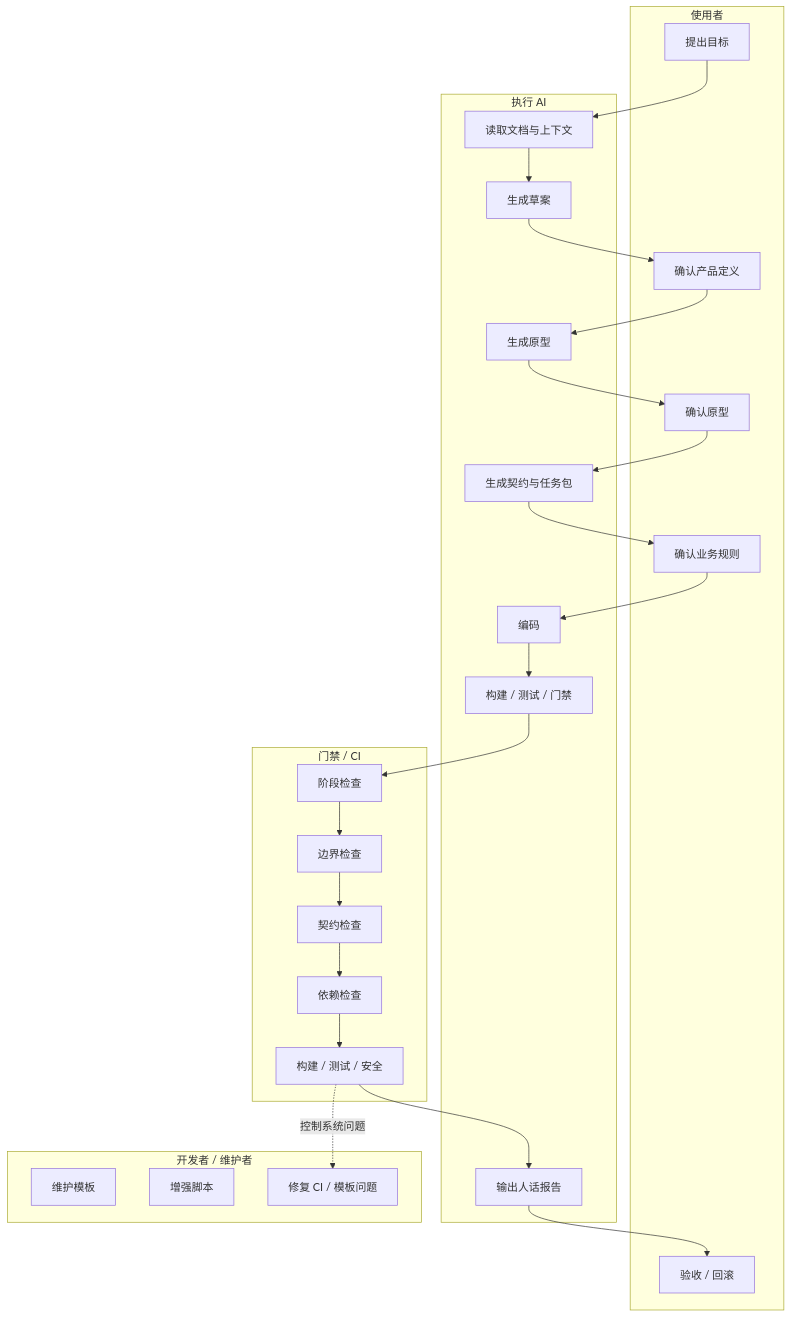
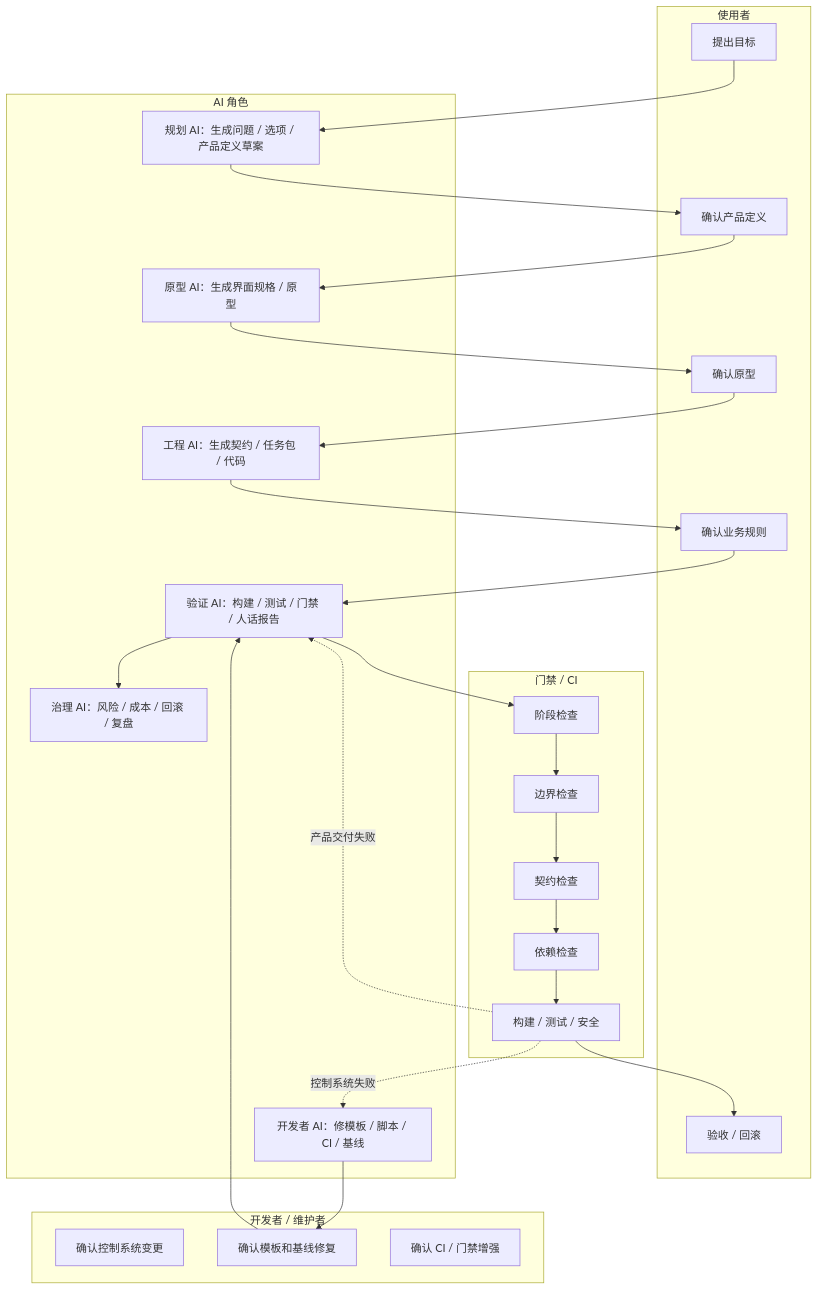
The second of 4 diagrams in 文档/控制系统/03_角色版执行与AI可替代性.md (zhidao-studio/ai-product-engineering-in-action), drawn with Mermaid before and after one commit. The commit also changed other lines of this file, not shown here.

````diff
--- a/文档/控制系统/03_角色版执行与AI可替代性.md
+++ b/文档/控制系统/03_角色版执行与AI可替代性.md
@@ -60,37 +62,38 @@
 ```mermaid
 flowchart TB
     subgraph U[使用者]
         U1[提出目标]
         U2[确认产品定义]
         U3[确认原型]
         U4[确认业务规则]
         U5[验收 / 回滚]
     end
 
-    subgraph A[执行 AI]
-        A1[读取文档与上下文]
-        A2[生成草案]
-        A3[生成原型]
-        A4[生成契约与任务包]
-        A5[编码]
-        A6[构建 / 测试 / 门禁]
-        A7[输出人话报告]
+    subgraph A[AI 角色]
+        A1[规划 AI：生成问题 / 选项 / 产品定义草案]
+        A2[原型 AI：生成界面规格 / 原型]
+        A3[工程 AI：生成契约 / 任务包 / 代码]
+        A4[验证 AI：构建 / 测试 / 门禁 / 人话报告]
+        A5[开发者 AI：修模板 / 脚本 / CI / 基线]
+        A6[治理 AI：风险 / 成本 / 回滚 / 复盘]
     end
 
     subgraph C[门禁 / CI]
         C1[阶段检查]
         C2[边界检查]
         C3[契约检查]
         C4[依赖检查]
         C5[构建 / 测试 / 安全]
     end
 
     subgraph D[开发者 / 维护者]
-        D1[维护模板]
-        D2[增强脚本]
-        D3[修复 CI / 模板问题]
+        D1[确认控制系统变更]
+        D2[确认模板和基线修复]
+        D3[确认 CI / 门禁增强]
     end
 
-    U1 --> A1 --> A2 --> U2 --> A3 --> U3 --> A4 --> U4 --> A5 --> A6 --> C1 --> C2 --> C3 --> C4 --> C5 --> A7 --> U5
-    C5 -. 控制系统问题 .-> D3
+    U1 --> A1 --> U2 --> A2 --> U3 --> A3 --> U4 --> A4 --> C1 --> C2 --> C3 --> C4 --> C5 --> U5
+    C5 -. 产品交付失败 .-> A4
+    C5 -. 控制系统失败 .-> A5 --> D2 --> A4
+    A4 --> A6
 ```
````
